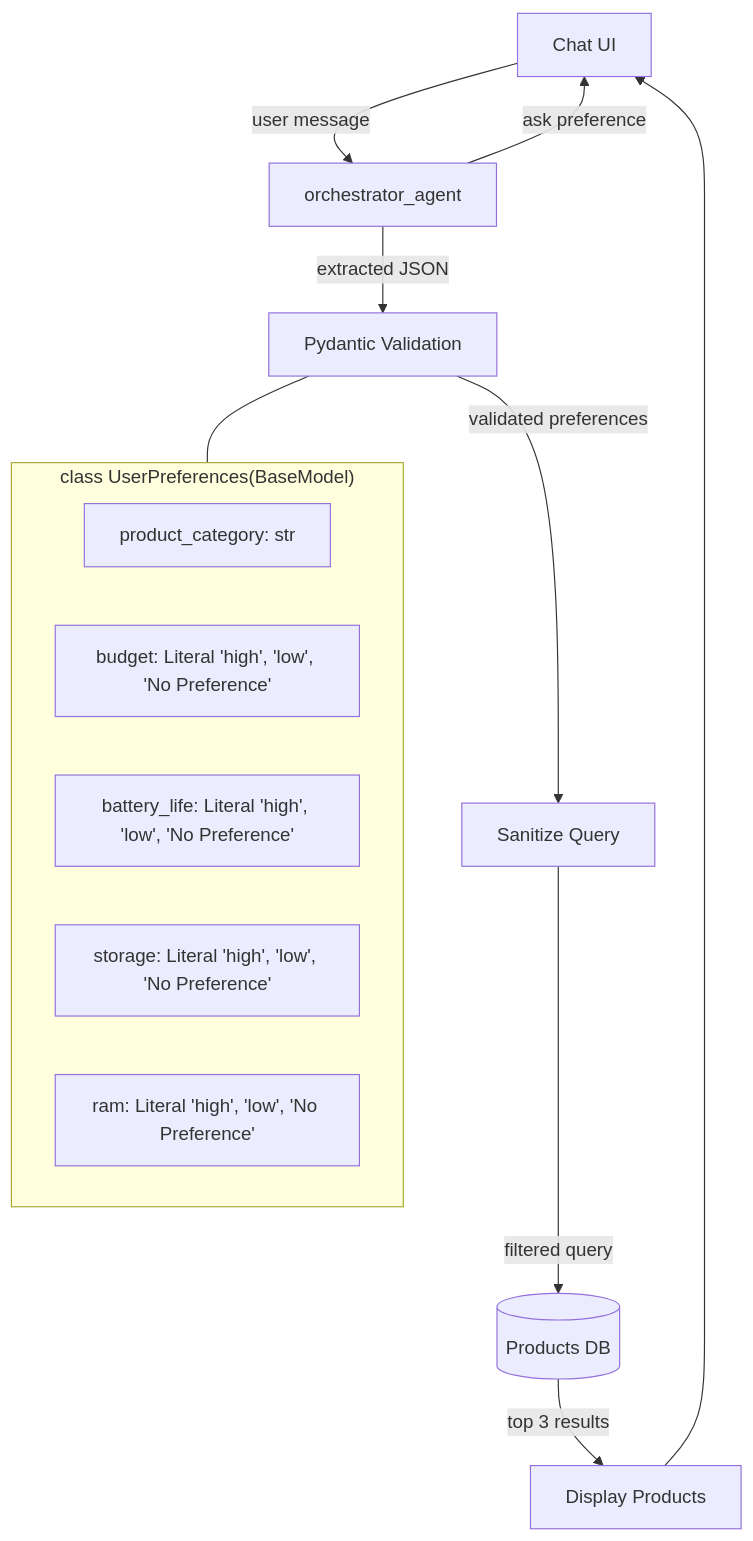
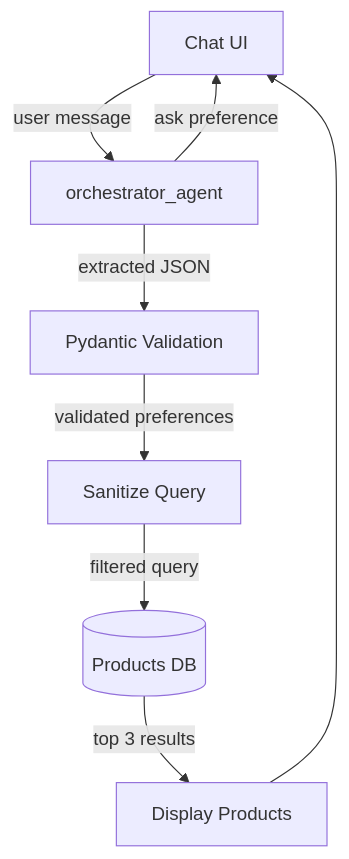
The second of 2 diagrams in README.md (rohitk2/product_recommendation_chatbot), drawn with Mermaid before and after one commit. The commit also changed other lines of this file, not shown here.

````diff
--- a/README.md
+++ b/README.md
@@ -101,23 +101,13 @@
 ```mermaid
 graph TD
     UI[Chat UI] -->|user message| OA[orchestrator_agent]
     OA -->|ask preference| UI
 
     OA -->|extracted JSON| PV[Pydantic Validation]
 
     PV -->|validated preferences| SQ[Sanitize Query]
     SQ -->|filtered query| DB[(Products DB)]
     DB -->|top 3 results| DP[Display Products]
     DP --> UI
 
-    subgraph PydanticModel ["class UserPreferences(BaseModel)"]
-        direction LR
-        F1["product_category: str"]
-        F2["budget: Literal 'high', 'low', 'No Preference'"]
-        F3["battery_life: Literal 'high', 'low', 'No Preference'"]
-        F4["storage: Literal 'high', 'low', 'No Preference'"]
-        F5["ram: Literal 'high', 'low', 'No Preference'"]
-    end
-
-    PV --- PydanticModel
 ```
````
